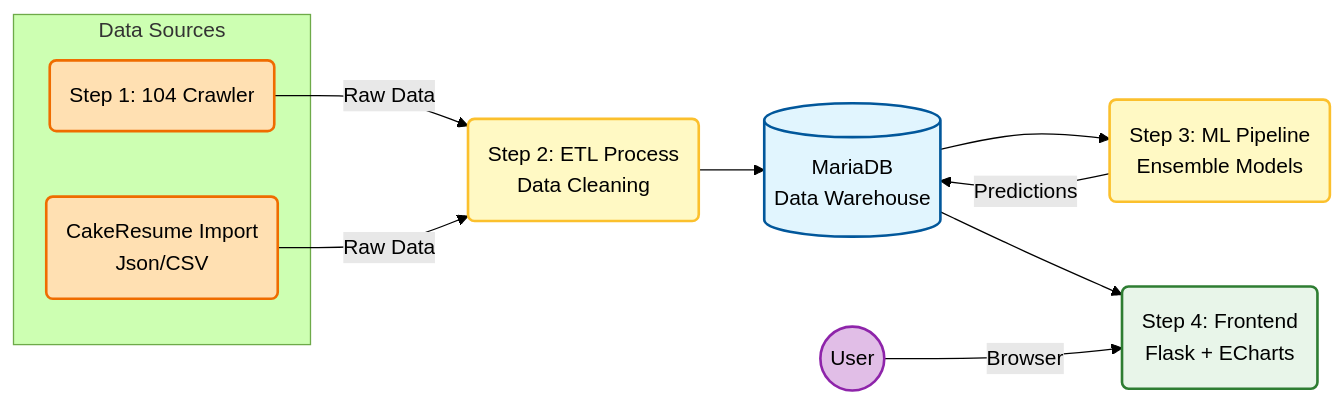
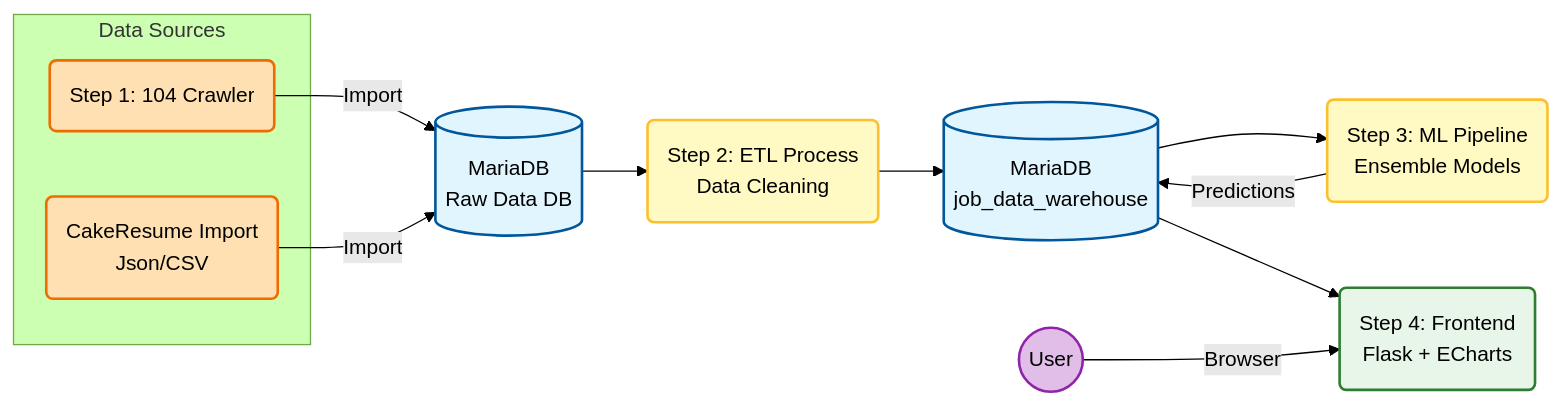
One commit to DataSideProject/WLS changed the diagram in README.md. Above: the diagram before and after it, drawn with Mermaid (forest theme).

Commit message:
Please enter the commit message for your changes. Lines starting with '#' will be ignored, and an empty message aborts the commit.
On branch main
Your branch is up to date with 'origin/main'.

Changes to be committed:
	modified:   README.md

````diff
--- a/README.md
+++ b/README.md
@@ -9,23 +9,24 @@
 ```mermaid
 graph LR
     %% 定義樣式
     classDef source fill:#ffe0b2,stroke:#ef6c00,stroke-width:2px;
     classDef process fill:#fff9c4,stroke:#fbc02d,stroke-width:2px;
     classDef storage fill:#e1f5fe,stroke:#01579b,stroke-width:2px;
     classDef app fill:#e8f5e9,stroke:#2e7d32,stroke-width:2px;
     classDef user fill:#e1bee7,stroke:#8e24aa,stroke-width:2px;
 
     subgraph Data Sources
         Src1(Step 1: 104 Crawler):::source
         Src2(CakeResume Import<br>Json/CSV):::source
     end
 
-    Src1 & Src2 -->|Raw Data| Step2(Step 2: ETL Process<br>Data Cleaning):::process
-    Step2 --> DB[(MariaDB<br>Data Warehouse)]:::storage
+    Src1 & Src2 -->|Import| RawDB[(MariaDB<br>Raw Data DB)]:::storage
+    RawDB --> Step2(Step 2: ETL Process<br>Data Cleaning):::process
+    Step2 --> WarehouseDB[(MariaDB<br>job_data_warehouse)]:::storage
 
-    DB --> Step3(Step 3: ML Pipeline<br>Ensemble Models):::process
-    Step3 -->|Predictions| DB
+    WarehouseDB --> Step3(Step 3: ML Pipeline<br>Ensemble Models):::process
+    Step3 -->|Predictions| WarehouseDB
 
-    DB --> Step4(Step 4: Frontend<br>Flask + ECharts):::app
+    WarehouseDB --> Step4(Step 4: Frontend<br>Flask + ECharts):::app
     User((User)):::user -->|Browser| Step4
 ```
````
